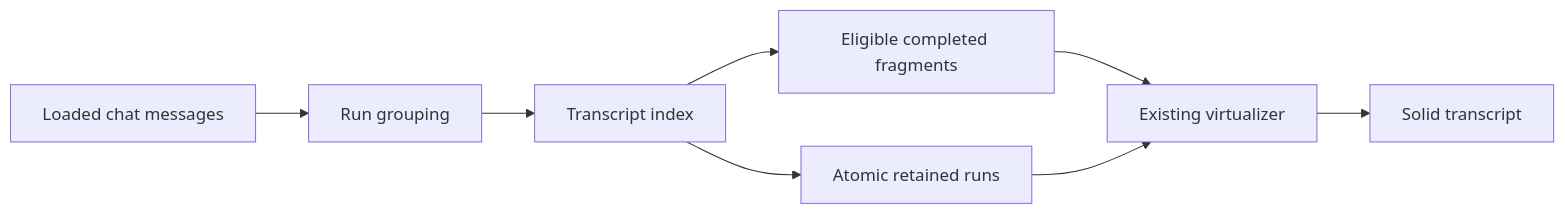
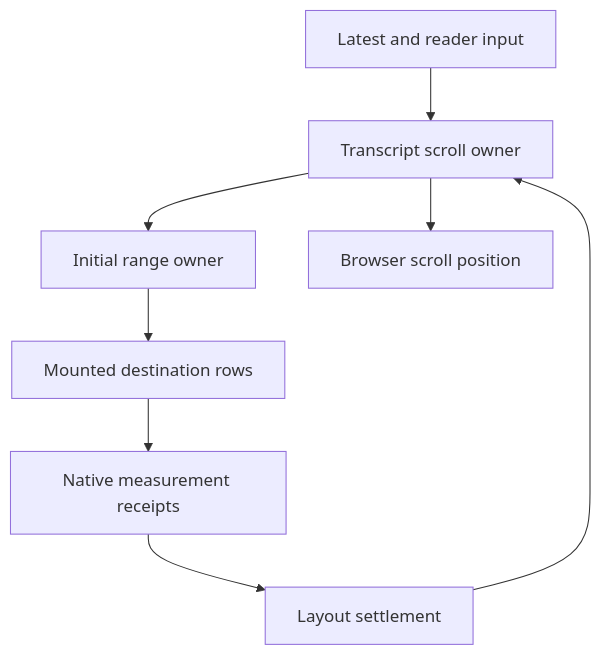
One commit to miguelbranco80/openclaw-bug-origins changed the diagram in fix-origins/clawsweeper/bundles/0069.full.md. Above: the diagram before and after it, drawn with Mermaid. The commit also changed other lines of this file and 6464 other files, not shown here.

````diff
--- a/fix-origins/clawsweeper/bundles/0069.full.md
+++ b/fix-origins/clawsweeper/bundles/0069.full.md
@@ -50,10 +61,10 @@
 ```mermaid
-flowchart LR
-  A[Loaded chat messages] --> B[Run grouping]
-  B --> C[Transcript index]
-  C --> D[Eligible completed fragments]
-  C --> E[Atomic retained runs]
-  D --> F[Existing virtualizer]
-  E --> F
-  F --> G[Solid transcript]
+flowchart TD
+  A[Latest and reader input] --> B[Transcript scroll owner]
+  B --> C[Initial range owner]
+  C --> D[Mounted destination rows]
+  D --> E[Native measurement receipts]
+  E --> F[Layout settlement]
+  F --> B
+  B --> G[Browser scroll position]
 ```
````
